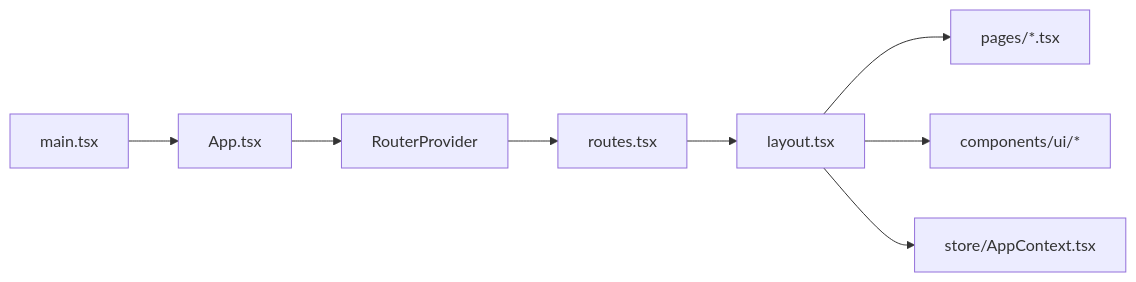
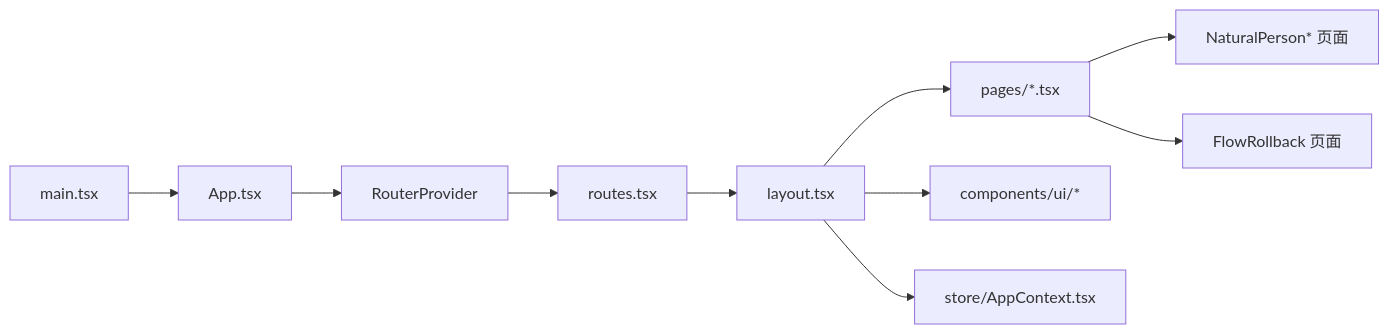
The sixth of 6 diagrams in .qoder/repowiki/zh/content/架构设计/路由系统设计.md (chinak/permission_apply), drawn with Mermaid before and after one commit. The commit also changed other lines of this file and 43 other files, not shown here.

````diff
--- a/.qoder/repowiki/zh/content/架构设计/路由系统设计.md
+++ b/.qoder/repowiki/zh/content/架构设计/路由系统设计.md
@@ -235,10 +258,12 @@
 ```mermaid
 graph LR
 MAIN["main.tsx"] --> APP["App.tsx"]
 APP --> RP["RouterProvider"]
 RP --> ROUTES["routes.tsx"]
 ROUTES --> LYT["layout.tsx"]
 LYT --> PAGES["pages/*.tsx"]
 LYT --> UI["components/ui/*"]
 LYT --> CTX["store/AppContext.tsx"]
+PAGES --> NP["NaturalPerson* 页面"]
+PAGES --> FR["FlowRollback 页面"]
 ```
````
